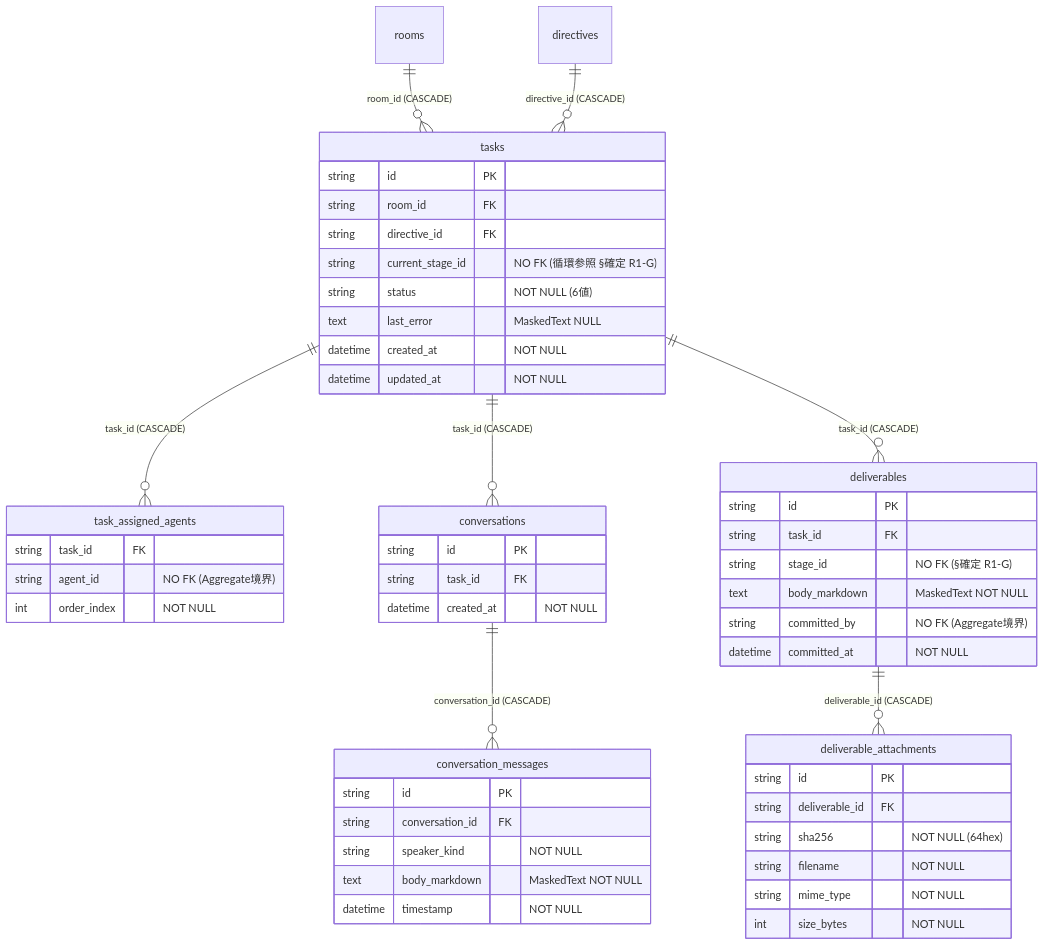
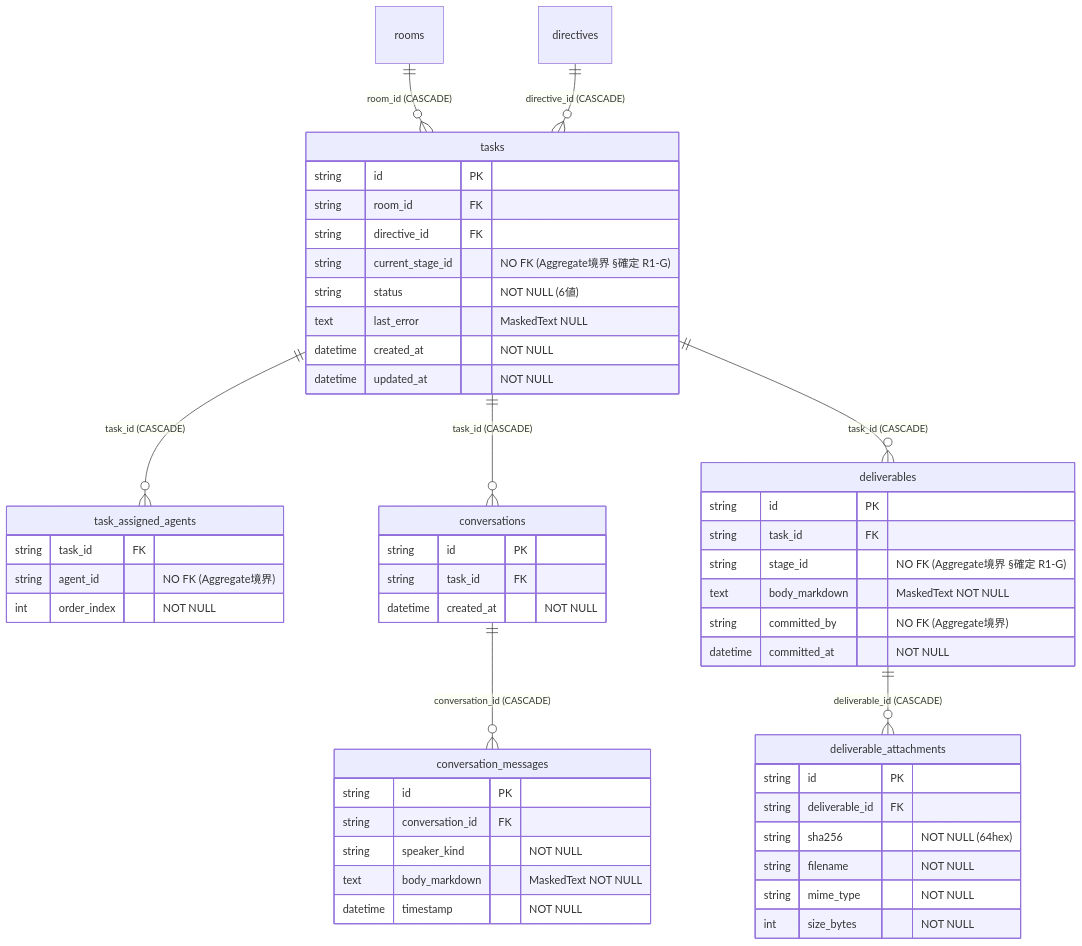
One commit to bakufu-dev/bakufu changed the third of 3 diagrams in docs/features/task-repository/basic-design.md. Above: the diagram before and after it, drawn with Mermaid. The commit also changed 4 other files, not shown here.

````diff
--- a/docs/features/task-repository/basic-design.md
+++ b/docs/features/task-repository/basic-design.md
@@ -263,59 +263,59 @@
 ```mermaid
 erDiagram
     rooms ||--o{ tasks : "room_id (CASCADE)"
     directives ||--o{ tasks : "directive_id (CASCADE)"
     tasks ||--o{ task_assigned_agents : "task_id (CASCADE)"
     tasks ||--o{ conversations : "task_id (CASCADE)"
     tasks ||--o{ deliverables : "task_id (CASCADE)"
     conversations ||--o{ conversation_messages : "conversation_id (CASCADE)"
     deliverables ||--o{ deliverable_attachments : "deliverable_id (CASCADE)"
 
     tasks {
         string id PK
         string room_id FK
         string directive_id FK
-        string current_stage_id "NO FK (循環参照 §確定 R1-G)"
+        string current_stage_id "NO FK (Aggregate境界 §確定 R1-G)"
         string status "NOT NULL (6値)"
         text last_error "MaskedText NULL"
         datetime created_at "NOT NULL"
         datetime updated_at "NOT NULL"
     }
 
     task_assigned_agents {
         string task_id FK
         string agent_id "NO FK (Aggregate境界)"
         int order_index "NOT NULL"
     }
 
     conversations {
         string id PK
         string task_id FK
         datetime created_at "NOT NULL"
     }
 
     conversation_messages {
         string id PK
         string conversation_id FK
         string speaker_kind "NOT NULL"
         text body_markdown "MaskedText NOT NULL"
         datetime timestamp "NOT NULL"
     }
 
     deliverables {
         string id PK
         string task_id FK
-        string stage_id "NO FK (§確定 R1-G)"
+        string stage_id "NO FK (Aggregate境界 §確定 R1-G)"
         text body_markdown "MaskedText NOT NULL"
         string committed_by "NO FK (Aggregate境界)"
         datetime committed_at "NOT NULL"
     }
 
     deliverable_attachments {
         string id PK
         string deliverable_id FK
         string sha256 "NOT NULL (64hex)"
         string filename "NOT NULL"
         string mime_type "NOT NULL"
         int size_bytes "NOT NULL"
     }
 ```
````
